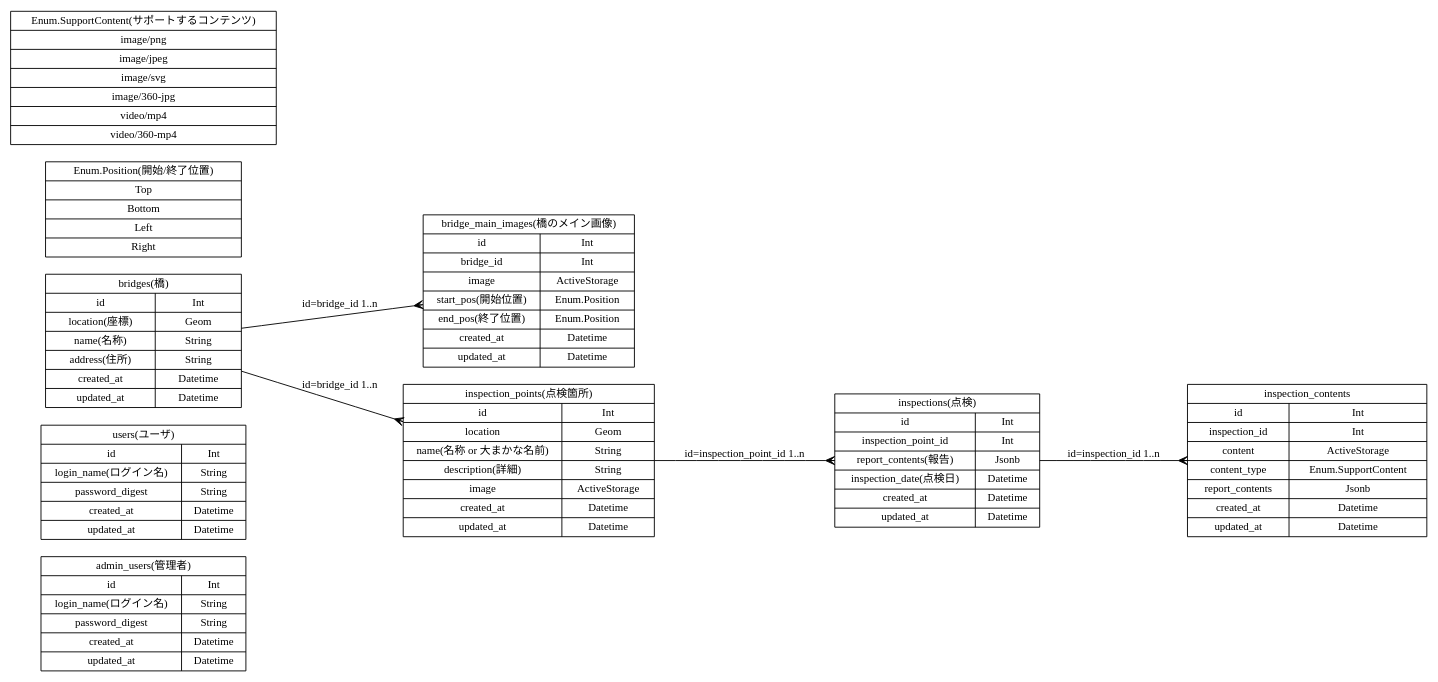
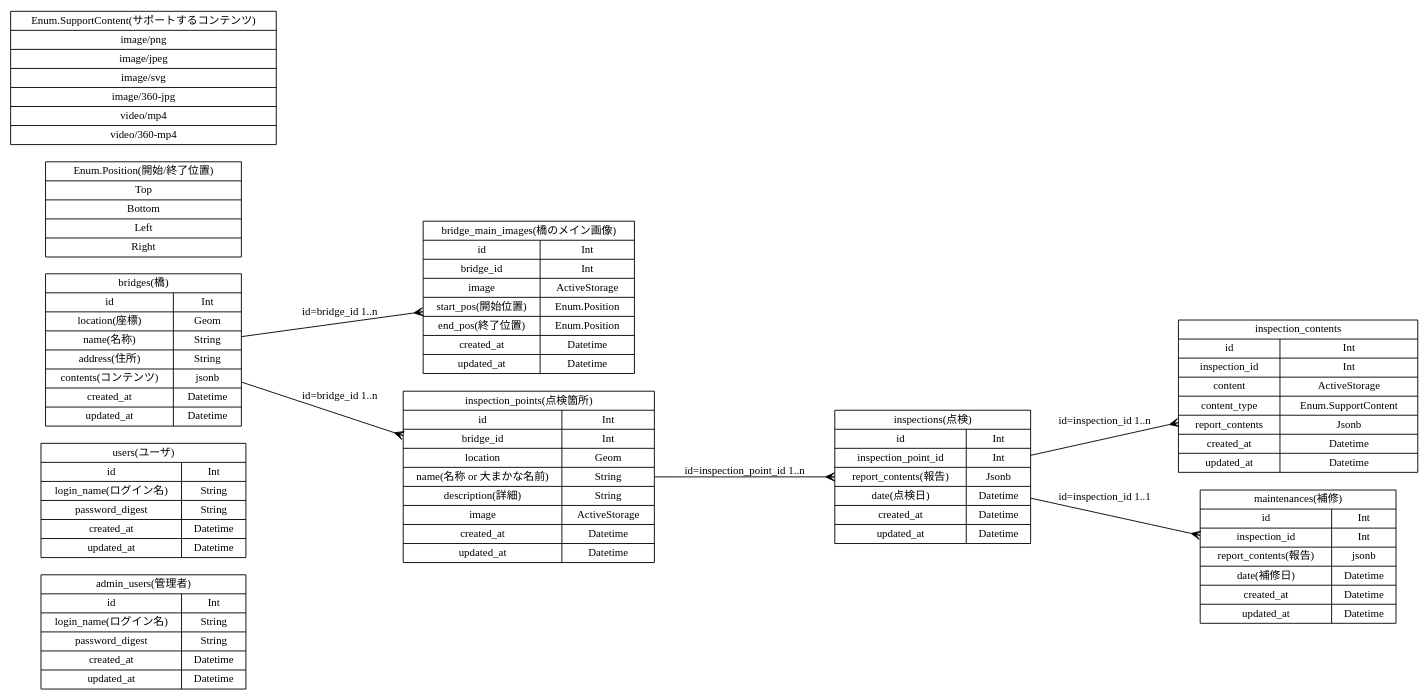
Before and after one commit to ha4db/ha4db: the diagram in doc/er.dot, drawn with Graphviz.

Commit message:
added maintenances table and column name to be simple

```diff
--- a/doc/er.dot
+++ b/doc/er.dot
@@ -1,31 +1,34 @@
 digraph models {
   // general settings
   graph [rankdir=LR]; // draw graph from left to right
   node [shape=record, fontsize=12, width=3.0]; // fixed font size
   edge [arrowhead=crow, fontsize=12]; // ER diagram
 
   // nodes
   admin_users [label="admin_users(管理者)|{{id|login_name(ログイン名)|password_digest|created_at|updated_at}|{Int|String|String|Datetime|Datetime}}"];
 
   users [label="users(ユーザ)|{{id|login_name(ログイン名)|password_digest|created_at|updated_at}|{Int|String|String|Datetime|Datetime}}"];
 
-  bridges [label="bridges(橋)|{{id|location(座標)|name(名称)|address(住所)|created_at|updated_at}|{Int|Geom|String|String|Datetime|Datetime}}"];
+  bridges [label="bridges(橋)|{{id|location(座標)|name(名称)|address(住所)|contents(コンテンツ)|created_at|updated_at}|{Int|Geom|String|String|jsonb|Datetime|Datetime}}"];
 
   bridge_main_images [label="bridge_main_images(橋のメイン画像)|{{id|bridge_id|image|start_pos(開始位置)|end_pos(終了位置)|created_at|updated_at}|{Int|Int|ActiveStorage|Enum.Position|Enum.Position|Datetime|Datetime}}"];
 
-  inspection_points [label="inspection_points(点検箇所)|{{id|location|name(名称 or 大まかな名前)|description(詳細)|image|created_at|updated_at}|{Int|Geom|String|String|ActiveStorage|Datetime|Datetime}}"]
+  inspection_points [label="inspection_points(点検箇所)|{{id|bridge_id|location|name(名称 or 大まかな名前)|description(詳細)|image|created_at|updated_at}|{Int|Int|Geom|String|String|ActiveStorage|Datetime|Datetime}}"]
 
-  inspections [label="inspections(点検)|{{id|inspection_point_id|report_contents(報告)|inspection_date(点検日)|created_at|updated_at}|{Int|Int|Jsonb|Datetime|Datetime|Datetime}}"];
+  inspections [label="inspections(点検)|{{id|inspection_point_id|report_contents(報告)|date(点検日)|created_at|updated_at}|{Int|Int|Jsonb|Datetime|Datetime|Datetime}}"];
 
   inspection_contents [label="inspection_contents|{{id|inspection_id|content|content_type|report_contents|created_at|updated_at}|{Int|Int|ActiveStorage|Enum.SupportContent|Jsonb|Datetime|Datetime}}"];
+
+  maintenances [label="maintenances(補修)|{{id|inspection_id|report_contents(報告)|date(補修日)|created_at|updated_at}|{Int|Int|jsonb|Datetime|Datetime|Datetime}}"]
 
   // enum
   enum_position [label="Enum.Position(開始/終了位置)|{{Top|Bottom|Left|Right}}"];
   enum_support_contents [label="Enum.SupportContent(サポートするコンテンツ)|{{image/png|image/jpeg|image/svg|image/360-jpg|video/mp4|video/360-mp4}}"];
 
   // edges
   bridges -> bridge_main_images [label="id=bridge_id 1..n"];
   bridges -> inspection_points [label="id=bridge_id 1..n"];
   inspection_points -> inspections [label="id=inspection_point_id 1..n"];
   inspections -> inspection_contents [label="id=inspection_id 1..n"];
+  inspections -> maintenances [label="id=inspection_id 1..1"];
 }
```
